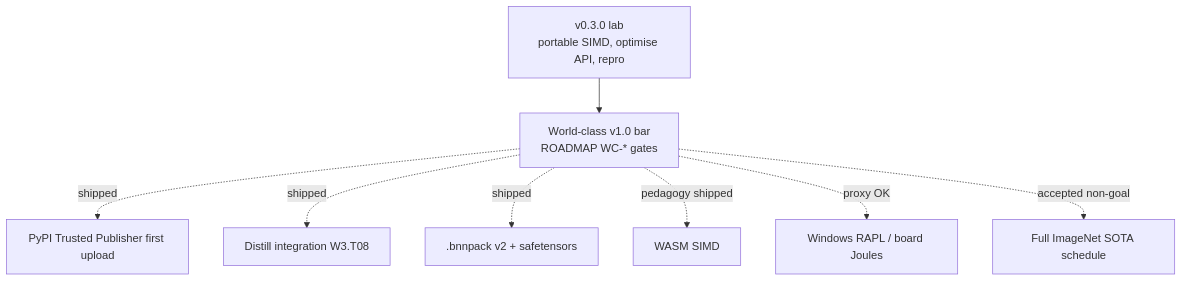
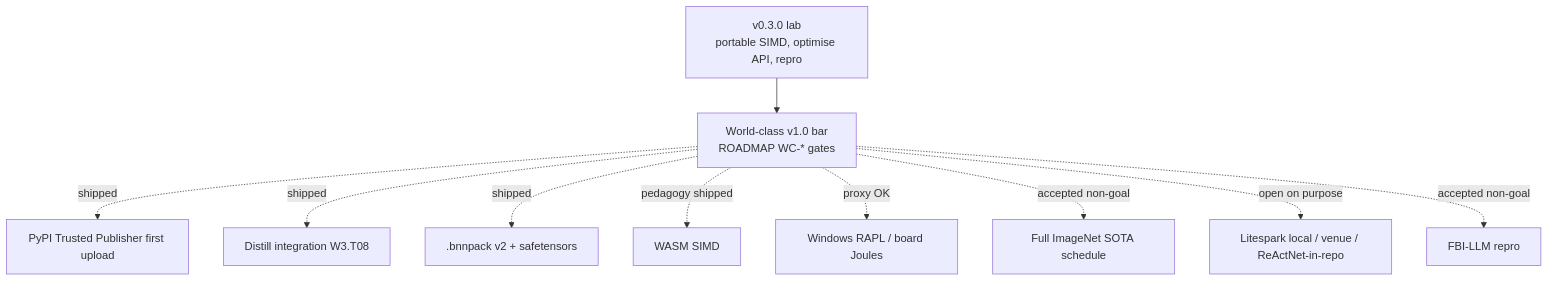
The ninth of 10 diagrams in knowledge_graph/VIEW.md (KanakMalpani/Binary-Neural-Networks), drawn with Mermaid before and after one commit. The commit also changed other lines of this file and 9 other files, not shown here.

````diff
--- a/knowledge_graph/VIEW.md
+++ b/knowledge_graph/VIEW.md
@@ -192,12 +194,14 @@
 ```mermaid
 flowchart TB
   V03[v0.3.0 lab<br/>portable SIMD, optimise API, repro]
   V10[World-class v1.0 bar<br/>ROADMAP WC-* gates]
   V03 --> V10
   V10 -.->|shipped| G1[PyPI Trusted Publisher first upload]
   V10 -.->|shipped| G2[Distill integration W3.T08]
   V10 -.->|shipped| G3[.bnnpack v2 + safetensors]
   V10 -.->|pedagogy shipped| G4[WASM SIMD]
   V10 -.->|proxy OK| G5[Windows RAPL / board Joules]
   V10 -.->|accepted non-goal| G6[Full ImageNet SOTA schedule]
+  V10 -.->|open on purpose| G7[Litespark local / venue / ReActNet-in-repo]
+  V10 -.->|accepted non-goal| G8[FBI-LLM repro]
 ```
````
